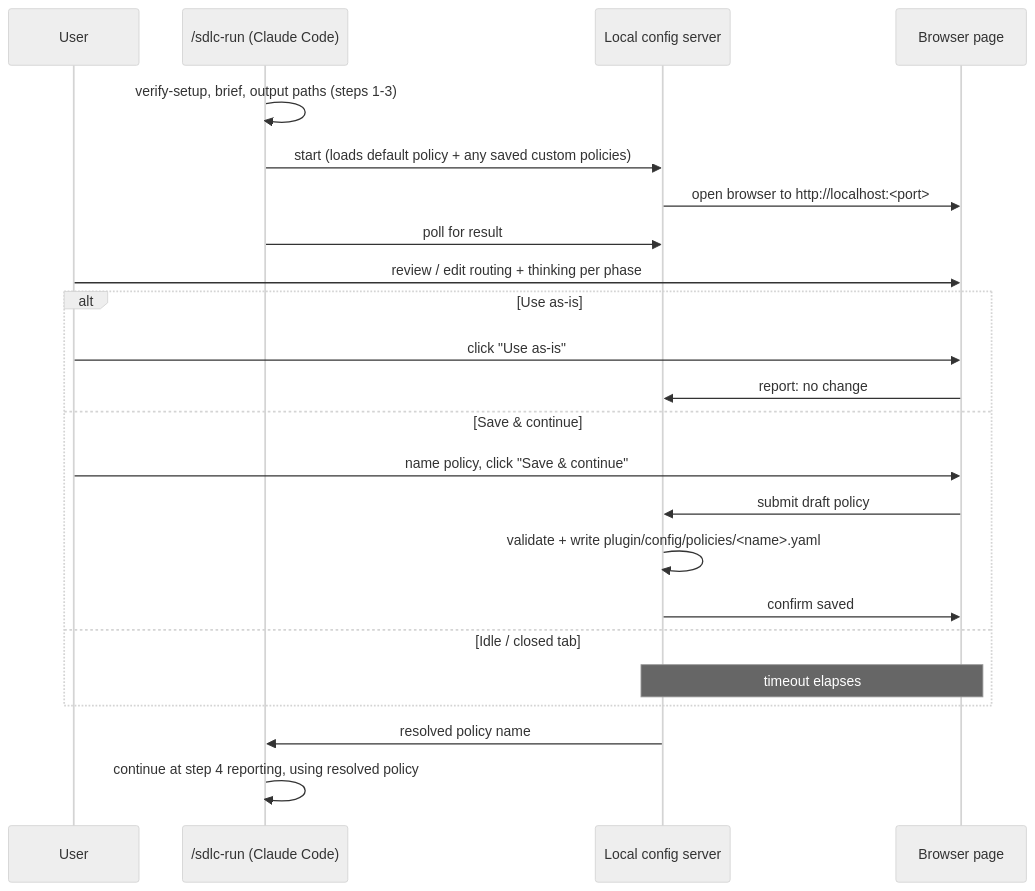
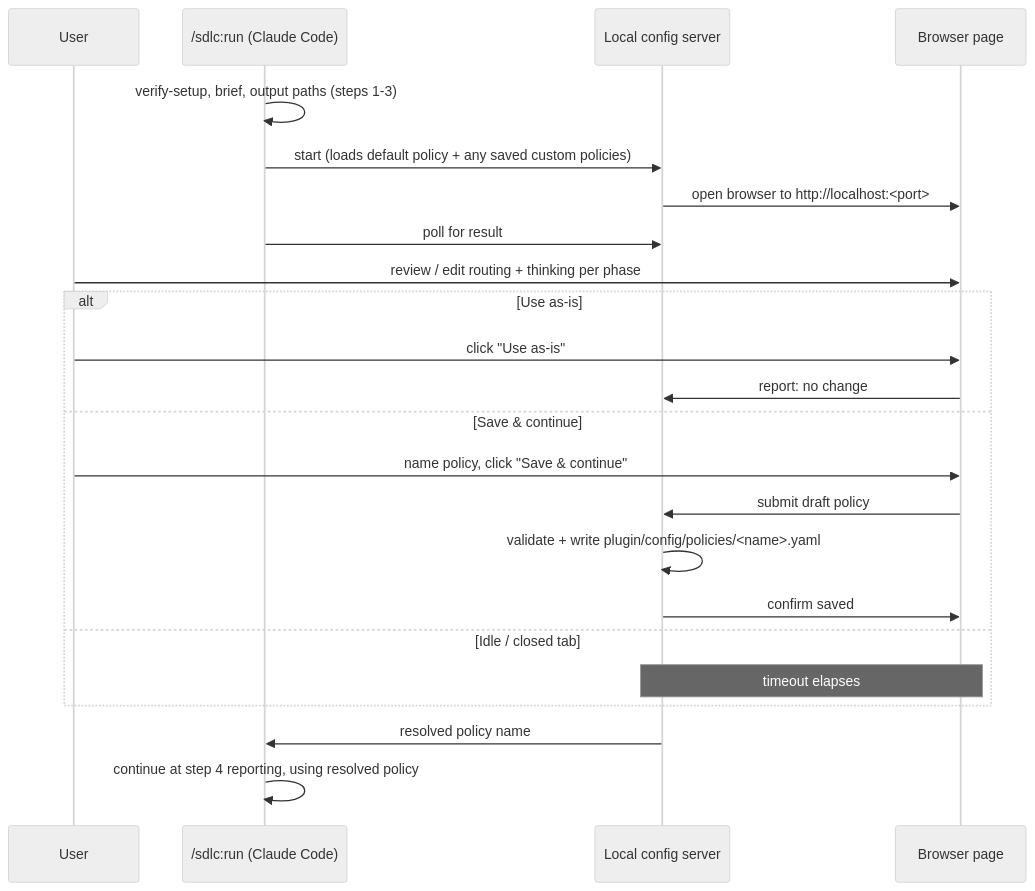
One commit to tl-ai-labs/ai-sdlc-orchestrator-claude-code-harness changed the diagram in docs/specs/custom-policy-and-thinking-config.md. Above: the diagram before and after it, drawn with Mermaid (neutral theme). The commit also changed other lines of this file and 40 other files, not shown here.

````diff
--- a/docs/specs/custom-policy-and-thinking-config.md
+++ b/docs/specs/custom-policy-and-thinking-config.md
@@ -125,26 +125,26 @@
 ```mermaid
 sequenceDiagram
     participant U as User
-    participant CLI as /sdlc-run (Claude Code)
+    participant CLI as /sdlc:run (Claude Code)
     participant Srv as Local config server
     participant Pg as Browser page
 
     CLI->>CLI: verify-setup, brief, output paths (steps 1-3)
     CLI->>Srv: start (loads default policy + any saved custom policies)
     Srv->>Pg: open browser to http://localhost:<port>
     CLI->>Srv: poll for result
     U->>Pg: review / edit routing + thinking per phase
     alt Use as-is
         U->>Pg: click "Use as-is"
         Pg->>Srv: report: no change
     else Save & continue
         U->>Pg: name policy, click "Save & continue"
         Pg->>Srv: submit draft policy
         Srv->>Srv: validate + write plugin/config/policies/<name>.yaml
         Srv->>Pg: confirm saved
     else Idle / closed tab
         Note over Pg,Srv: timeout elapses
     end
     Srv->>CLI: resolved policy name
     CLI->>CLI: continue at step 4 reporting, using resolved policy
 ```
````
